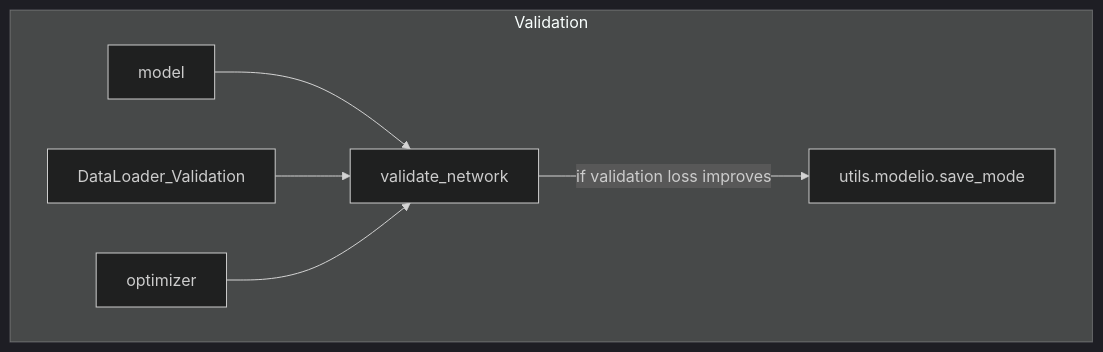
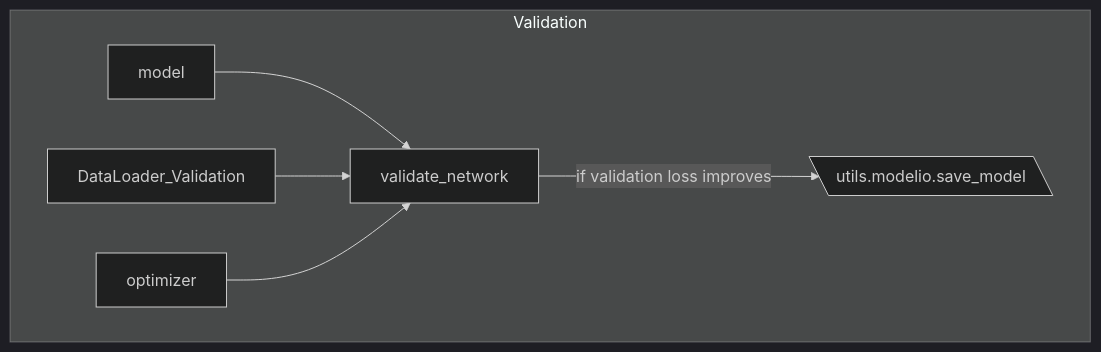
One commit to szmazurek/GaNDLF changed the fourth of 5 diagrams in docs/flowchart.md. Above: the diagram before and after it, drawn with Mermaid (dark theme). The commit also changed other lines of this file, not shown here.

````diff
--- a/docs/flowchart.md
+++ b/docs/flowchart.md
@@ -55,9 +56,9 @@
 ```mermaid
 flowchart TD
     subgraph Validation
         model --> validate_network
         DataLoader_Validation --> validate_network
         optimizer --> validate_network
-        validate_network -->|if validation loss improves| utils.modelio.save_mode
+        validate_network -->|if validation loss improves| save_model[\utils.modelio.save_model\]
     end
 ```
````
